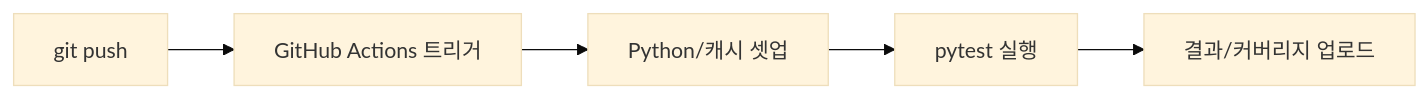
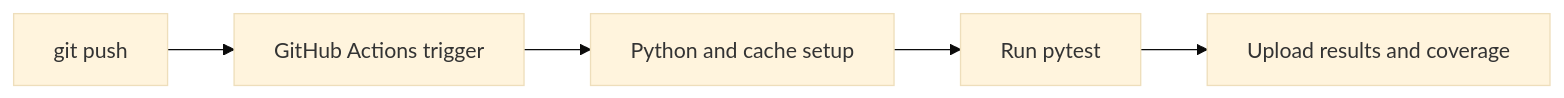
Before and after one commit to yeongseon-books/book-content: the diagram in content/testing-101/ko/09-tests-in-ci.md, drawn with Mermaid (base theme). The commit also changed other lines of this file and 9 other files, not shown here.

````diff
--- a/content/testing-101/ko/09-tests-in-ci.md
+++ b/content/testing-101/ko/09-tests-in-ci.md
@@ -35,7 +51,7 @@
 ```mermaid
 flowchart LR
-    Push["git push"] --> Trigger["GitHub Actions 트리거"]
-    Trigger --> Setup["Python/캐시 셋업"]
-    Setup --> Run["pytest 실행"]
-    Run --> Report["결과/커버리지 업로드"]
+    Push["git push"] --> Trigger["GitHub Actions trigger"]
+    Trigger --> Setup["Python and cache setup"]
+    Setup --> Run["Run pytest"]
+    Run --> Report["Upload results and coverage"]
 ```
````
